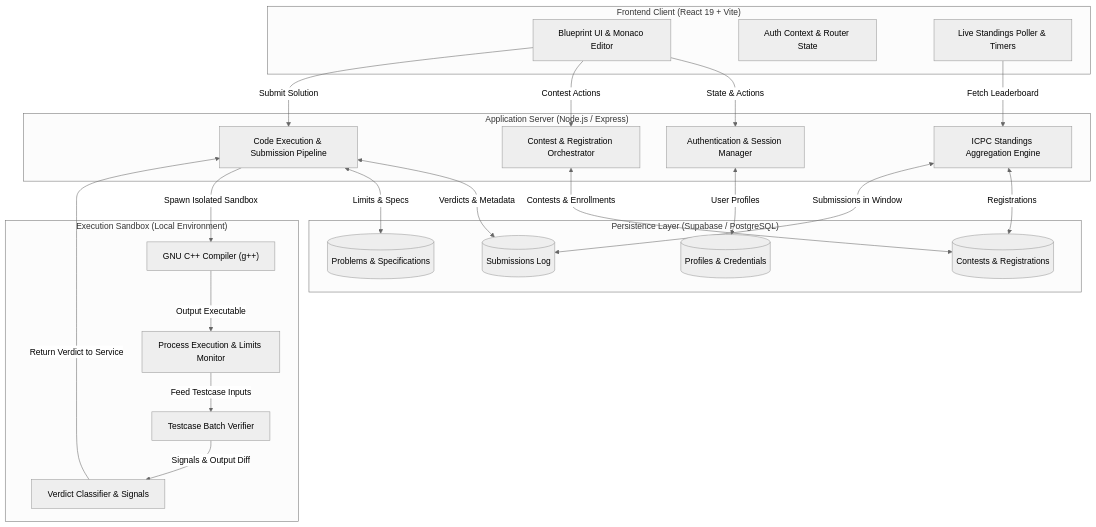
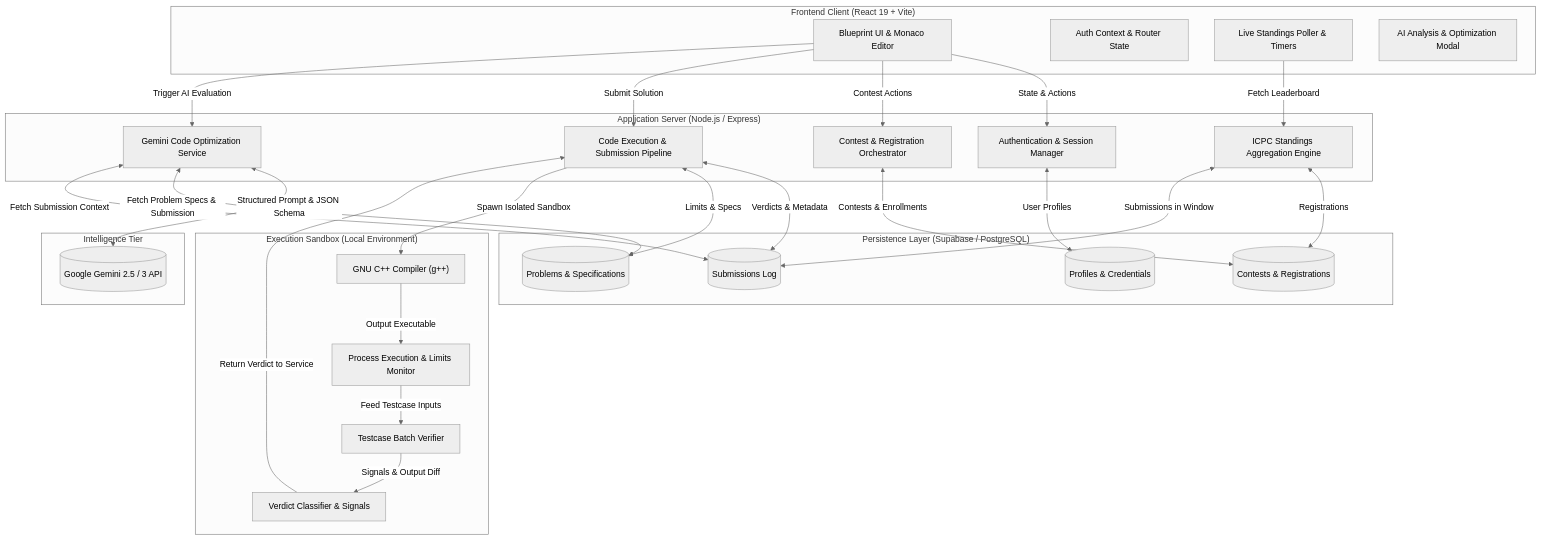
Before and after one commit to Master-Bruce-Wayne/Code-It-Up: the first of 6 diagrams in README.md, drawn with Mermaid (neutral theme). The commit also changed other lines of this file and 1 other file, not shown here.

First line of the commit message:
feat(editor): integrate on-the-fly Gemini code analysis and document AI pipeline

````diff
--- a/README.md
+++ b/README.md
@@ -70,47 +73,58 @@
 ```mermaid
 graph TD
     subgraph ClientLayer["Frontend Client (React 19 + Vite)"]
         UI["Blueprint UI & Monaco Editor"]
         State["Auth Context & Router State"]
         Poller["Live Standings Poller & Timers"]
+        AiModal["AI Analysis & Optimization Modal"]
     end
 
     subgraph ServiceLayer["Application Server (Node.js / Express)"]
         AuthSvc["Authentication & Session Manager"]
         ContestSvc["Contest & Registration Orchestrator"]
         JudgeSvc["Code Execution & Submission Pipeline"]
         StandingsEngine["ICPC Standings Aggregation Engine"]
+        AiEngine["Gemini Code Optimization Service"]
+    end
+
+    subgraph ExternalAI["Intelligence Tier"]
+        GeminiAPI[("Google Gemini 2.5 / 3 API")]
     end
 
     subgraph SandboxLayer["Execution Sandbox (Local Environment)"]
         Compiler["GNU C++ Compiler (g++)"]
         ProcessRunner["Process Execution & Limits Monitor"]
         TestVerifier["Testcase Batch Verifier"]
         VerdictClassifier["Verdict Classifier & Signals"]
     end
 
     subgraph DataLayer["Persistence Layer (Supabase / PostgreSQL)"]
         UsersDB[("Profiles & Credentials")]
         ProblemsDB[("Problems & Specifications")]
         ContestsDB[("Contests & Registrations")]
         SubmissionsDB[("Submissions Log")]
     end
 
     UI -->|"State & Actions"| AuthSvc
     UI -->|"Contest Actions"| ContestSvc
     UI -->|"Submit Solution"| JudgeSvc
+    UI -->|"Trigger AI Evaluation"| AiEngine
     Poller -->|"Fetch Leaderboard"| StandingsEngine
+
+    AiEngine <-->|"Structured Prompt & JSON Schema"| GeminiAPI
 
     AuthSvc <-->|"User Profiles"| UsersDB
     ContestSvc <-->|"Contests & Enrollments"| ContestsDB
     JudgeSvc <-->|"Verdicts & Metadata"| SubmissionsDB
     JudgeSvc <-->|"Limits & Specs"| ProblemsDB
+    AiEngine <-->|"Fetch Problem Specs & Submission"| ProblemsDB
+    AiEngine <-->|"Fetch Submission Context"| SubmissionsDB
     StandingsEngine <-->|"Registrations"| ContestsDB
     StandingsEngine <-->|"Submissions in Window"| SubmissionsDB
 
     JudgeSvc -->|"Spawn Isolated Sandbox"| Compiler
     Compiler -->|"Output Executable"| ProcessRunner
     ProcessRunner -->|"Feed Testcase Inputs"| TestVerifier
     TestVerifier -->|"Signals & Output Diff"| VerdictClassifier
     VerdictClassifier -->|"Return Verdict to Service"| JudgeSvc
 ```
````
